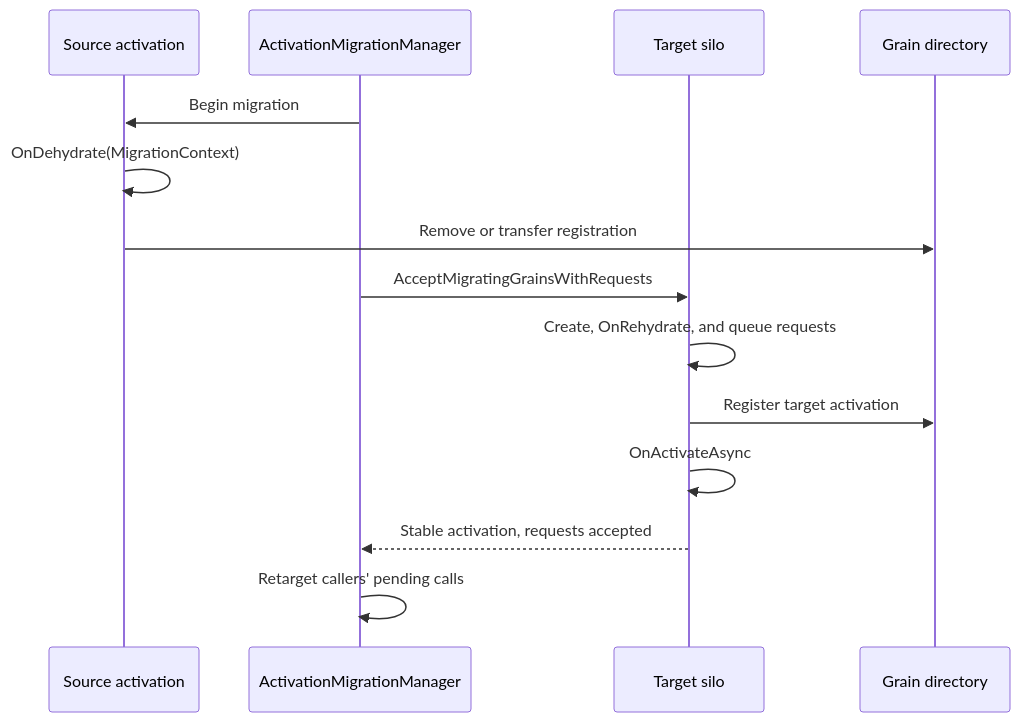
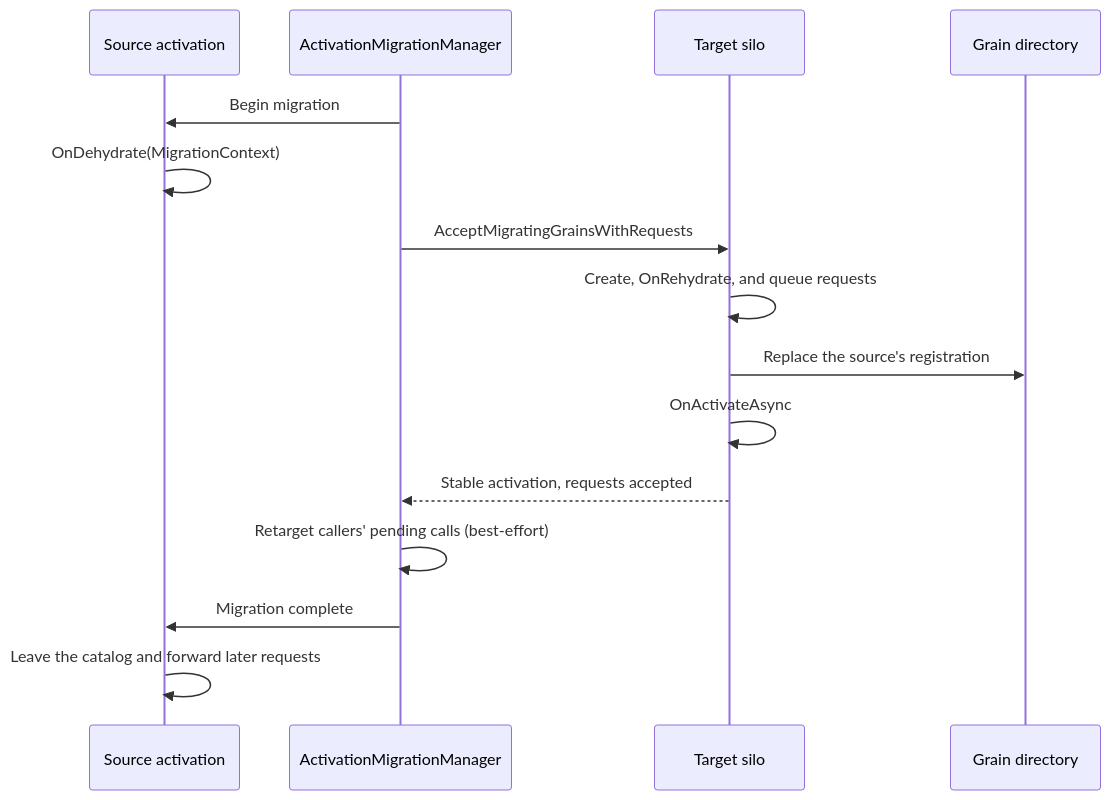
The second of 2 diagrams in docs/site/src/content/docs/implementation/activation-lifecycle.md (dotnet/orleans), drawn with Mermaid before and after one commit. The commit also changed other lines of this file and 12 other files, not shown here.

First line of the commit message:
refactor(runtime): carry migrated requests as messages and reject them when a migration fails

````diff
--- a/docs/site/src/content/docs/implementation/activation-lifecycle.md
+++ b/docs/site/src/content/docs/implementation/activation-lifecycle.md
@@ -60,17 +60,18 @@
 ```mermaid
 sequenceDiagram
     participant Source as Source activation
     participant Manager as ActivationMigrationManager
     participant Target as Target silo
     participant Directory as Grain directory
 
     Manager->>Source: Begin migration
     Source->>Source: OnDehydrate(MigrationContext)
-    Source->>Directory: Remove or transfer registration
     Manager->>Target: AcceptMigratingGrainsWithRequests
     Target->>Target: Create, OnRehydrate, and queue requests
-    Target->>Directory: Register target activation
+    Target->>Directory: Replace the source's registration
     Target->>Target: OnActivateAsync
     Target-->>Manager: Stable activation, requests accepted
-    Manager->>Manager: Retarget callers' pending calls
+    Manager->>Manager: Retarget callers' pending calls (best-effort)
+    Manager->>Source: Migration complete
+    Source->>Source: Leave the catalog and forward later requests
 ```
````
